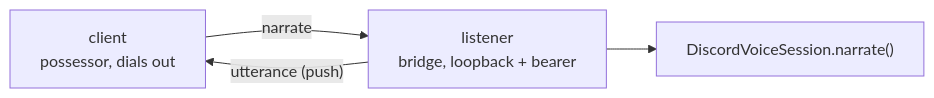
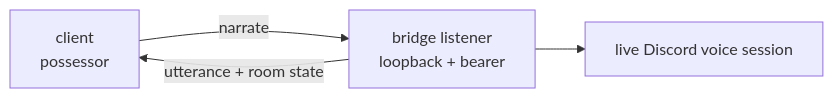
The diagram in packages/possessor-voice/README.md (Volpestyle/clankie), drawn with Mermaid before and after one commit. The commit also changed other lines of this file and 78 other files, not shown here.

````diff
--- a/packages/possessor-voice/README.md
+++ b/packages/possessor-voice/README.md
@@ -10,6 +10,6 @@
 ```mermaid
 flowchart LR
-  C["client<br/>possessor, dials out"] -->|"narrate"| L["listener<br/>bridge, loopback + bearer"]
-  L --> S["DiscordVoiceSession.narrate()"]
-  L -->|"utterance (push)"| C
+  C["client<br/>possessor"] -->|"narrate"| L["bridge listener<br/>loopback + bearer"]
+  L --> S["live Discord voice session"]
+  L -->|"utterance + room state"| C
 ```
````
